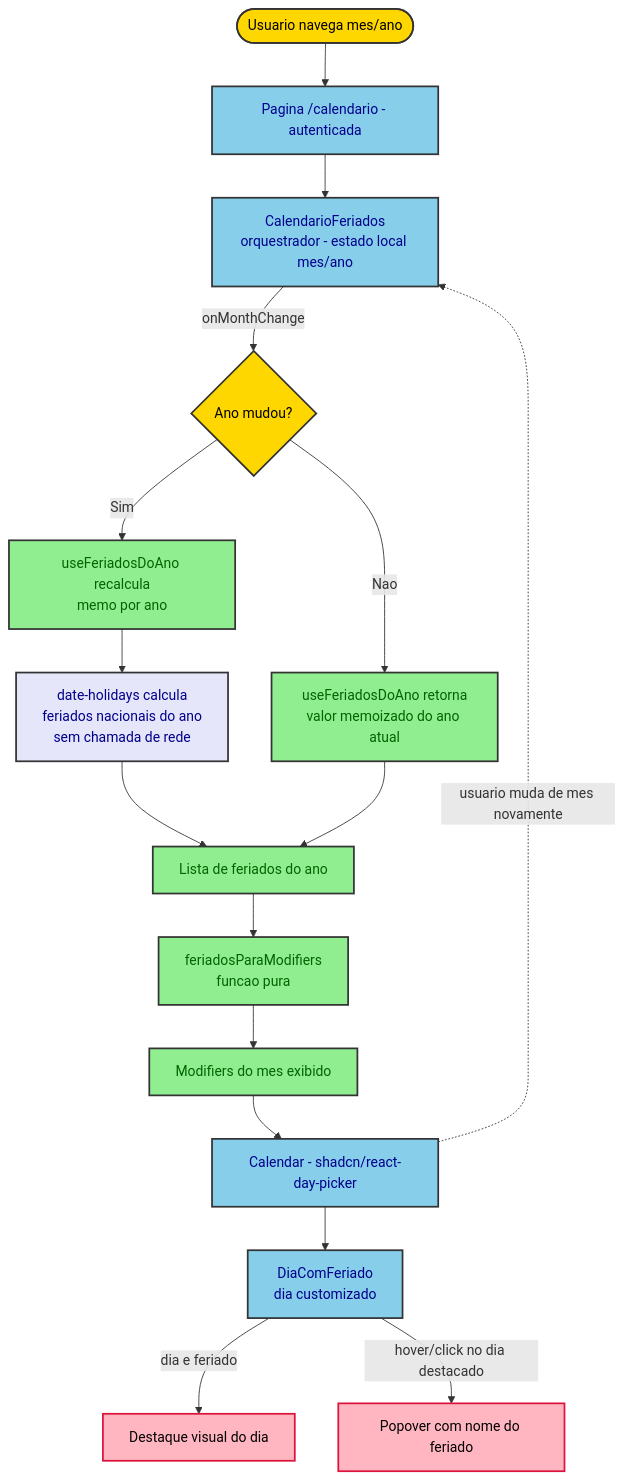
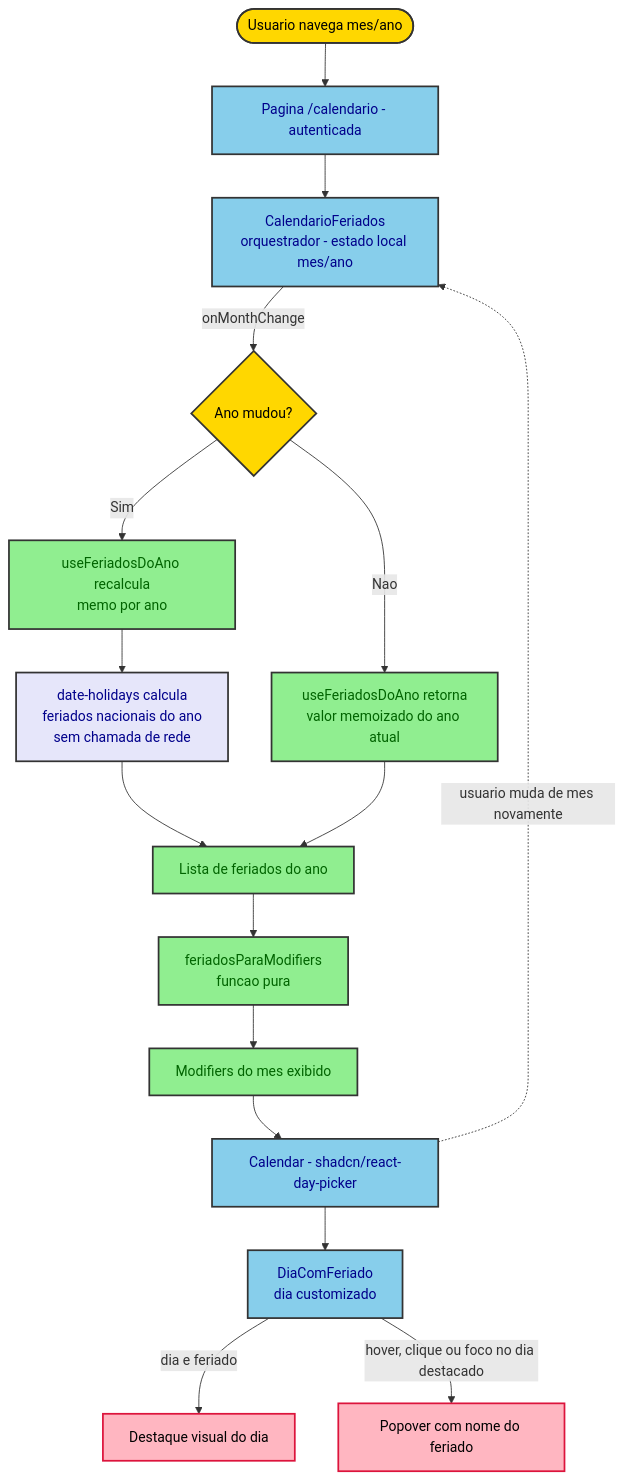
One commit to Cahmoraes/clean-arch-solid-ddd changed the diagram in docs/superpowers/calendario-feriados/specs/diagrams/calendario-feriados-design_01_flowchart_fluxo_de_dados_do_ca.mmd. Above: the diagram before and after it, drawn with Mermaid. The commit also changed 6 other files, not shown here.

```diff
--- a/docs/superpowers/calendario-feriados/specs/diagrams/calendario-feriados-design_01_flowchart_fluxo_de_dados_do_ca.mmd
+++ b/docs/superpowers/calendario-feriados/specs/diagrams/calendario-feriados-design_01_flowchart_fluxo_de_dados_do_ca.mmd
@@ -1,23 +1,23 @@
 flowchart TD
     Start([Usuario navega mes/ano]):::actor --> Page[Pagina /calendario - autenticada]:::secondary
     Page --> Orq[CalendarioFeriados<br/>orquestrador - estado local mes/ano]:::secondary
     Orq -->|onMonthChange| Decide{Ano mudou?}:::decision
     Decide -->|Sim| Recalc[useFeriadosDoAno recalcula<br/>memo por ano]:::primary
     Decide -->|Nao| Cache[useFeriadosDoAno retorna<br/>valor memoizado do ano atual]:::primary
     Recalc --> Lib[date-holidays calcula<br/>feriados nacionais do ano<br/>sem chamada de rede]:::database
     Lib --> Lista[Lista de feriados do ano]:::primary
     Cache --> Lista
     Lista --> Pure[feriadosParaModifiers<br/>funcao pura]:::primary
     Pure --> Mods[Modifiers do mes exibido]:::primary
     Mods --> Cal[Calendar - shadcn/react-day-picker]:::secondary
     Cal --> Dia[DiaComFeriado<br/>dia customizado]:::secondary
     Dia -->|dia e feriado| Destaque[Destaque visual do dia]:::action
-    Dia -->|hover/click no dia destacado| Popover[Popover com nome do feriado]:::action
+    Dia -->|hover, clique ou foco no dia destacado| Popover[Popover com nome do feriado]:::action
     Cal -.->|usuario muda de mes novamente| Orq
 
     classDef actor fill:#FFD700,stroke:#333,stroke-width:2px,color:black
     classDef decision fill:#FFD700,stroke:#333,stroke-width:2px,color:black
     classDef primary fill:#90EE90,stroke:#333,stroke-width:2px,color:darkgreen
     classDef secondary fill:#87CEEB,stroke:#333,stroke-width:2px,color:darkblue
     classDef database fill:#E6E6FA,stroke:#333,stroke-width:2px,color:darkblue
     classDef action fill:#FFB6C1,stroke:#DC143C,stroke-width:2px,color:black
```
